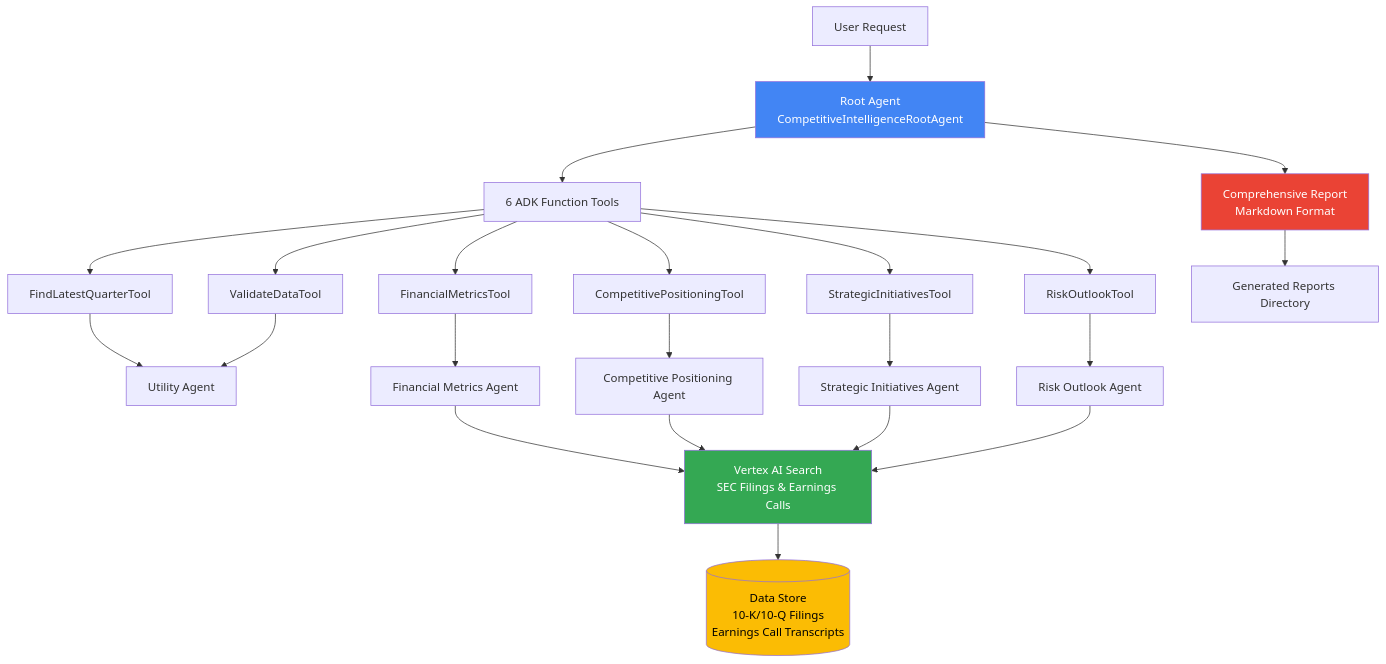
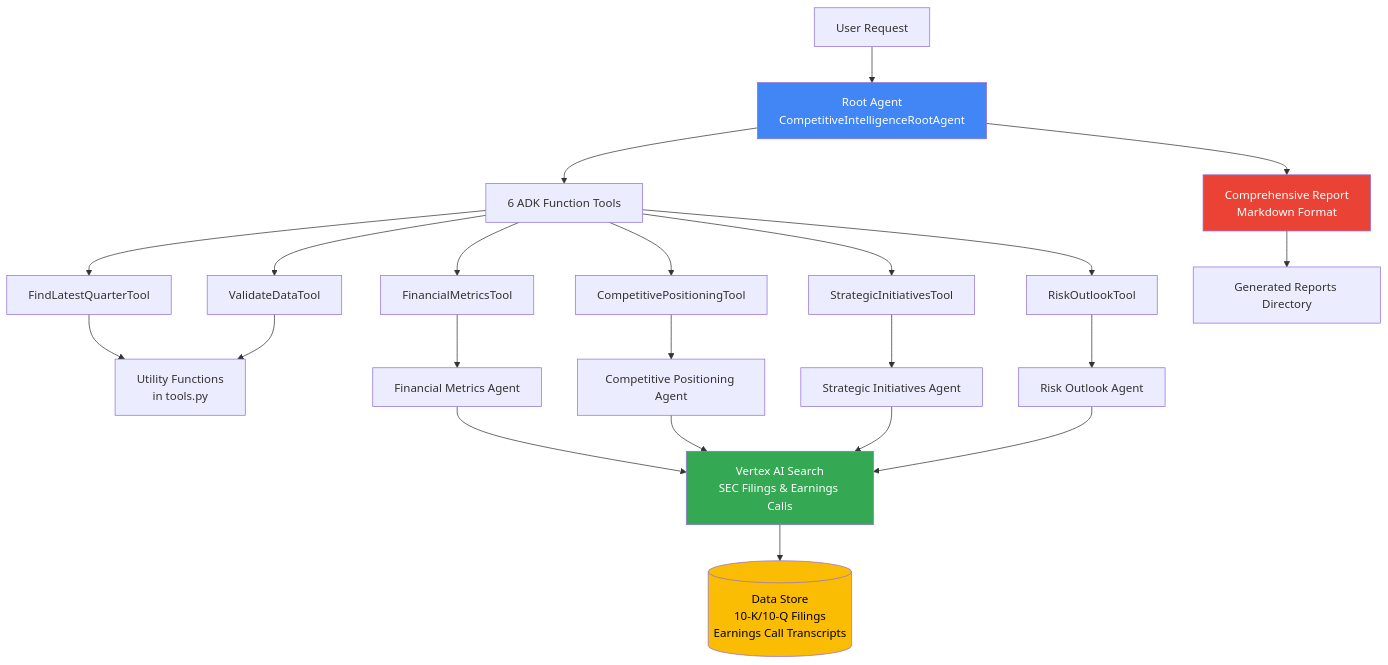
The first of 11 diagrams in ARCHITECTURE_FLOW.md (tgrady101/Insurance_AI_POC), drawn with Mermaid before and after one commit. The commit also changed other lines of this file and 5 other files, not shown here.

````diff
--- a/ARCHITECTURE_FLOW.md
+++ b/ARCHITECTURE_FLOW.md
@@ -5,34 +5,34 @@
 ```mermaid
 graph TB
     User[User Request] --> RootAgent[Root Agent<br/>CompetitiveIntelligenceRootAgent]
     RootAgent --> Tools[6 ADK Function Tools]
     
     Tools --> T1[FindLatestQuarterTool]
     Tools --> T2[ValidateDataTool]
     Tools --> T3[FinancialMetricsTool]
     Tools --> T4[CompetitivePositioningTool]
     Tools --> T5[StrategicInitiativesTool]
     Tools --> T6[RiskOutlookTool]
     
-    T1 --> UtilityAgent[Utility Agent]
-    T2 --> UtilityAgent
+    T1 --> UtilFn[Utility Functions<br/>in tools.py]
+    T2 --> UtilFn
     T3 --> FinAgent[Financial Metrics Agent]
     T4 --> CompAgent[Competitive Positioning Agent]
     T5 --> StratAgent[Strategic Initiatives Agent]
     T6 --> RiskAgent[Risk Outlook Agent]
     
     FinAgent --> VSearch[Vertex AI Search<br/>SEC Filings & Earnings Calls]
     CompAgent --> VSearch
     StratAgent --> VSearch
     RiskAgent --> VSearch
     
     VSearch --> Data[(Data Store<br/>10-K/10-Q Filings<br/>Earnings Call Transcripts)]
     
     RootAgent --> Report[Comprehensive Report<br/>Markdown Format]
     Report --> Output[Generated Reports Directory]
     
     style RootAgent fill:#4285f4,color:#fff
     style VSearch fill:#34a853,color:#fff
     style Data fill:#fbbc04,color:#000
     style Report fill:#ea4335,color:#fff
 ```
````
